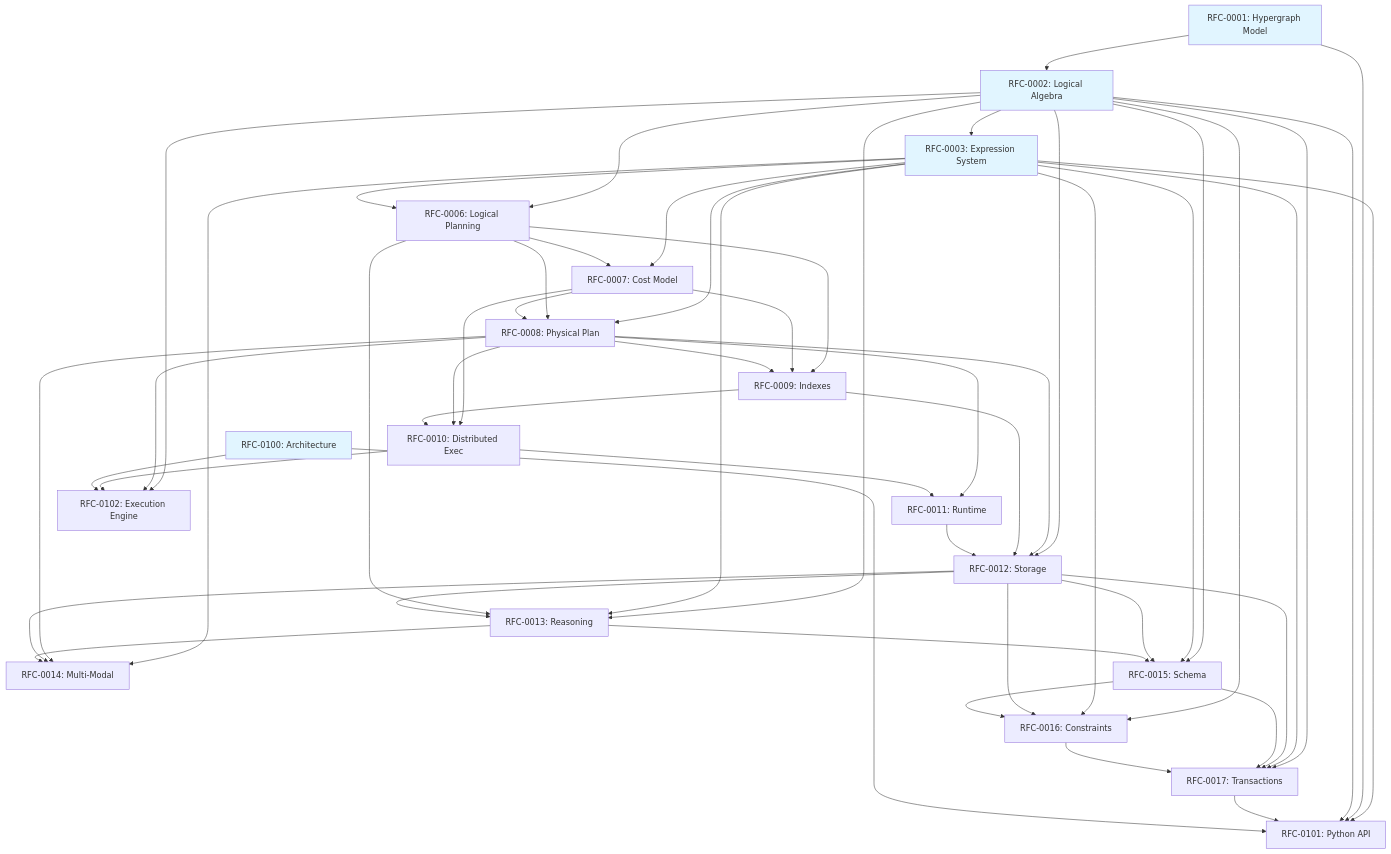
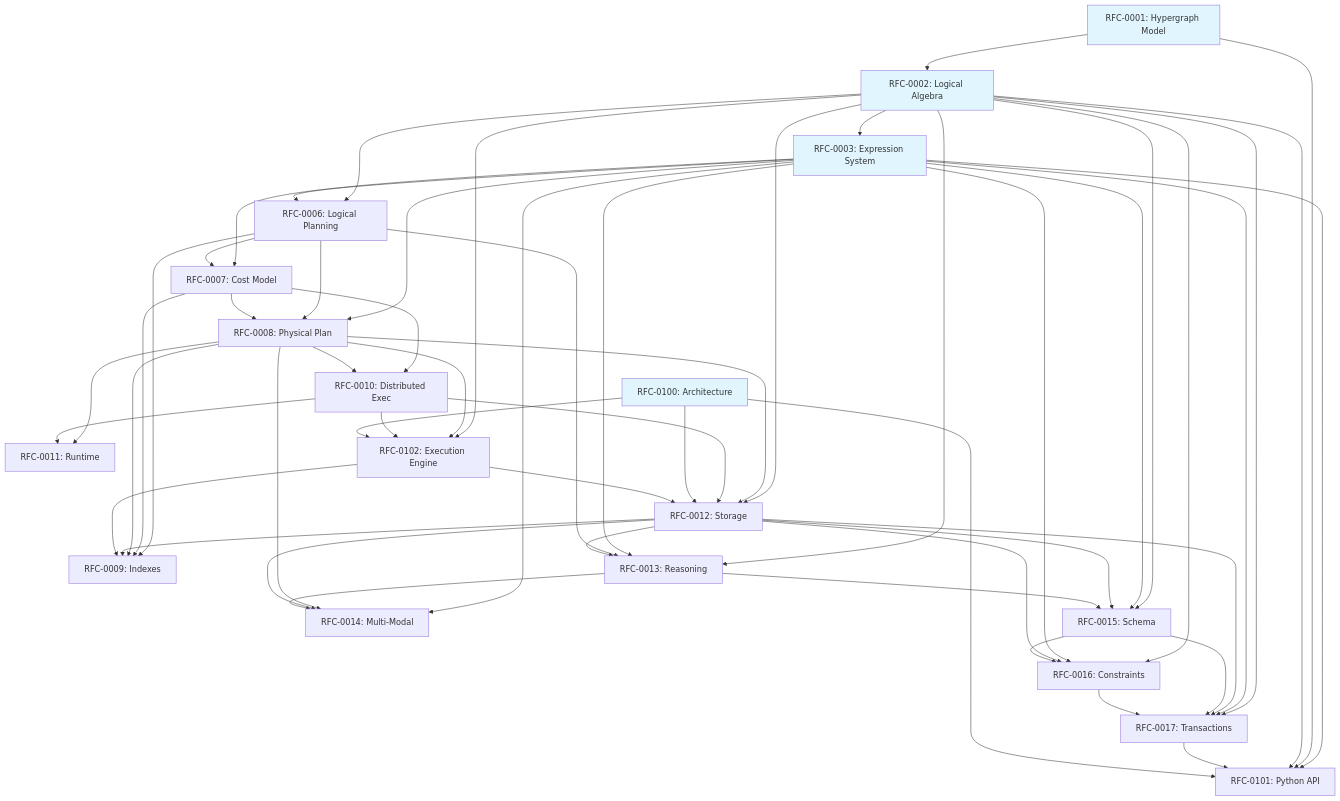
The diagram in specs/rfc-index.md (mirasoth/Grism), drawn with Mermaid before and after one commit. The commit also changed other lines of this file and 7 other files, not shown here.

```diff
--- a/specs/rfc-index.md
+++ b/specs/rfc-index.md
@@ -138,12 +139,14 @@
     RFC0008 --> RFC0012
     RFC0008 --> RFC0014
     
-    RFC0009 --> RFC0010
-    RFC0009 --> RFC0012
+    RFC0012 --> RFC0009
+    RFC0102 --> RFC0009
     
     RFC0010 --> RFC0011
     
-    RFC0011 --> RFC0012
+    RFC0010 --> RFC0012
+    RFC0100 --> RFC0012
+    RFC0102 --> RFC0012
     
     RFC0012 --> RFC0013
     RFC0012 --> RFC0014
```
